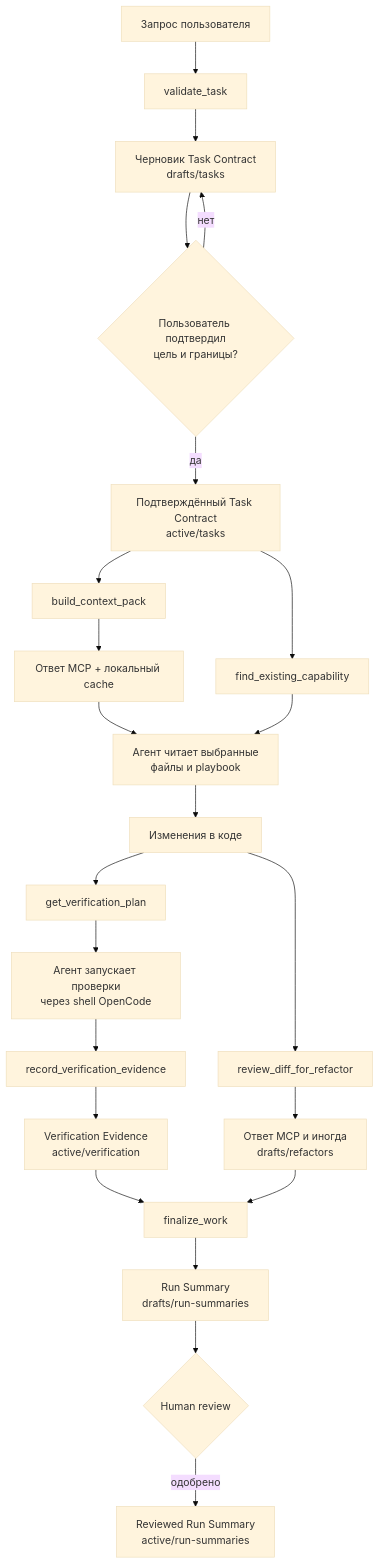
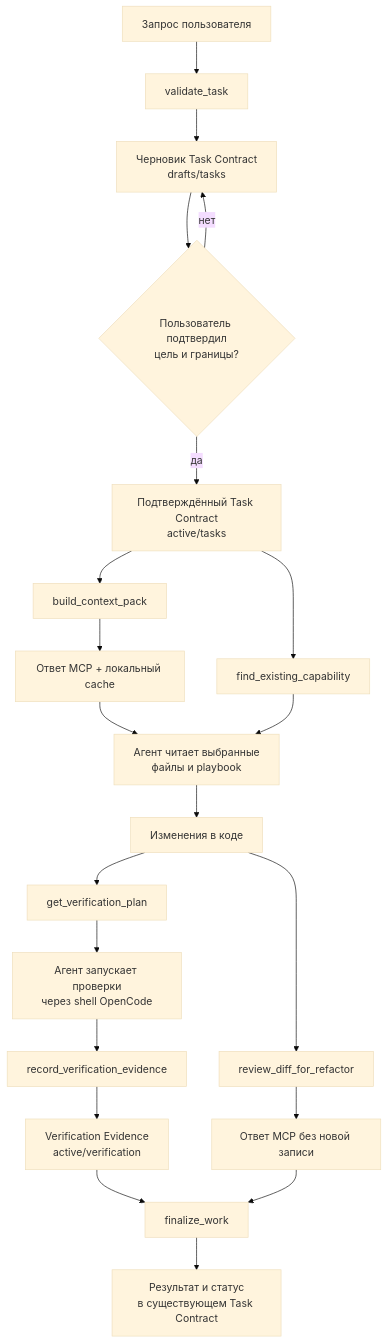
Before and after one commit to ukolov-dev/mcp-project-context-router: the diagram in docs/workflow.ru.md, drawn with Mermaid (base theme). The commit also changed other lines of this file and 33 other files, not shown here.

````diff
--- a/docs/workflow.ru.md
+++ b/docs/workflow.ru.md
@@ -12,25 +12,23 @@
 ```mermaid
 flowchart TD
     A[Запрос пользователя] --> B[validate_task]
     B --> C[Черновик Task Contract<br/>drafts/tasks]
     C --> D{Пользователь подтвердил<br/>цель и границы?}
     D -- нет --> C
     D -- да --> E[Подтверждённый Task Contract<br/>active/tasks]
     E --> F[build_context_pack]
     F --> G[Ответ MCP + локальный cache]
     E --> H[find_existing_capability]
     G --> I[Агент читает выбранные<br/>файлы и playbook]
     H --> I
     I --> J[Изменения в коде]
     J --> K[get_verification_plan]
     K --> L[Агент запускает проверки<br/>через shell OpenCode]
     L --> M[record_verification_evidence]
     M --> N[Verification Evidence<br/>active/verification]
     J --> O[review_diff_for_refactor]
-    O --> P[Ответ MCP и иногда<br/>drafts/refactors]
+    O --> P[Ответ MCP без новой записи]
     N --> Q[finalize_work]
     P --> Q
-    Q --> R[Run Summary<br/>drafts/run-summaries]
-    R --> S{Human review}
-    S -- одобрено --> T[Reviewed Run Summary<br/>active/run-summaries]
+    Q --> R[Результат и статус<br/>в существующем Task Contract]
 ```
````
